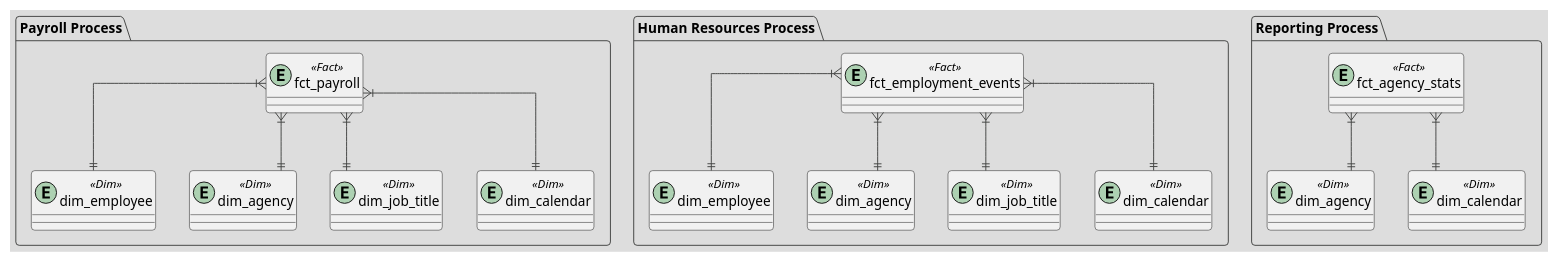
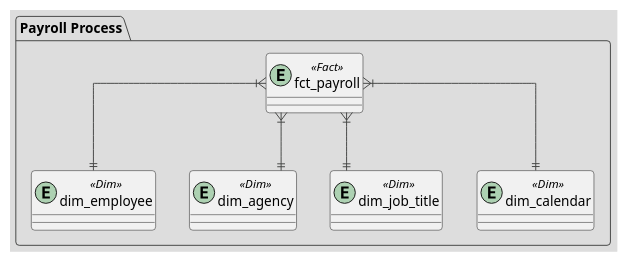
One commit to Kadiax/mta-payroll-nyc changed the diagram in documentation/diagrams/source_code/erd_mta_conceptual_model.puml. Above: the diagram before and after it, drawn with PlantUML. The commit also changed 9 other files, not shown here.

Commit message:
docs: update erd (removed 2 stars schemas)

```diff
--- a/documentation/diagrams/source_code/erd_mta_conceptual_model.puml
+++ b/documentation/diagrams/source_code/erd_mta_conceptual_model.puml
@@ -1,43 +1,19 @@
 @startuml
 !theme toy
 skinparam linetype ortho
 
 ' --- STAR 1 : PAYROLL ---
 package "Payroll Process" {
     entity "fct_payroll" as FP <<Fact>> {}
     entity "dim_employee" as DE1 <<Dim>>
     entity "dim_agency" as DA1 <<Dim>>
     entity "dim_job_title" as DJT1 <<Dim>>
     entity "dim_calendar" as DC1 <<Dim>>
 
     FP }|--|| DE1
     FP }|--|| DA1
     FP }|--|| DJT1
     FP }|--|| DC1
 }
 
-' --- STAR 2 : EVENTS ---
-package "Human Resources Process" {
-    entity "fct_employment_events" as FE <<Fact>> {}
-    entity "dim_employee" as DE2 <<Dim>>
-    entity "dim_agency" as DA2 <<Dim>>
-    entity "dim_job_title" as DJT2 <<Dim>>
-    entity "dim_calendar" as DC2 <<Dim>>
-
-    FE }|--|| DE2
-    FE }|--|| DA2
-    FE }|--|| DJT2
-    FE }|--|| DC2
-}
-
-' --- STAR 3 : STATS ---
-package "Reporting Process" {
-    entity "fct_agency_stats" as FS <<Fact>> {}
-    entity "dim_agency" as DA3 <<Dim>>
-    entity "dim_calendar" as DC3 <<Dim>>
-
-    FS }|--|| DA3
-    FS }|--|| DC3
-}
-
 @enduml
```
